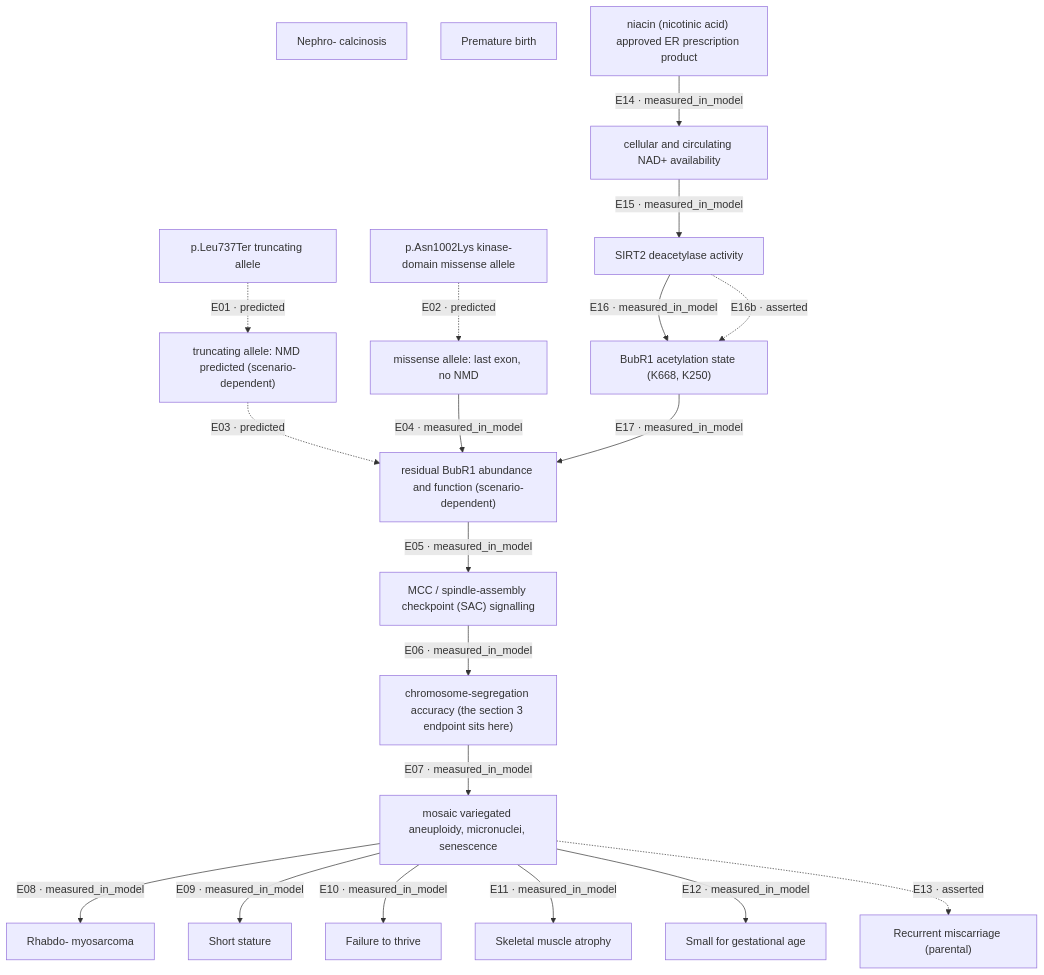
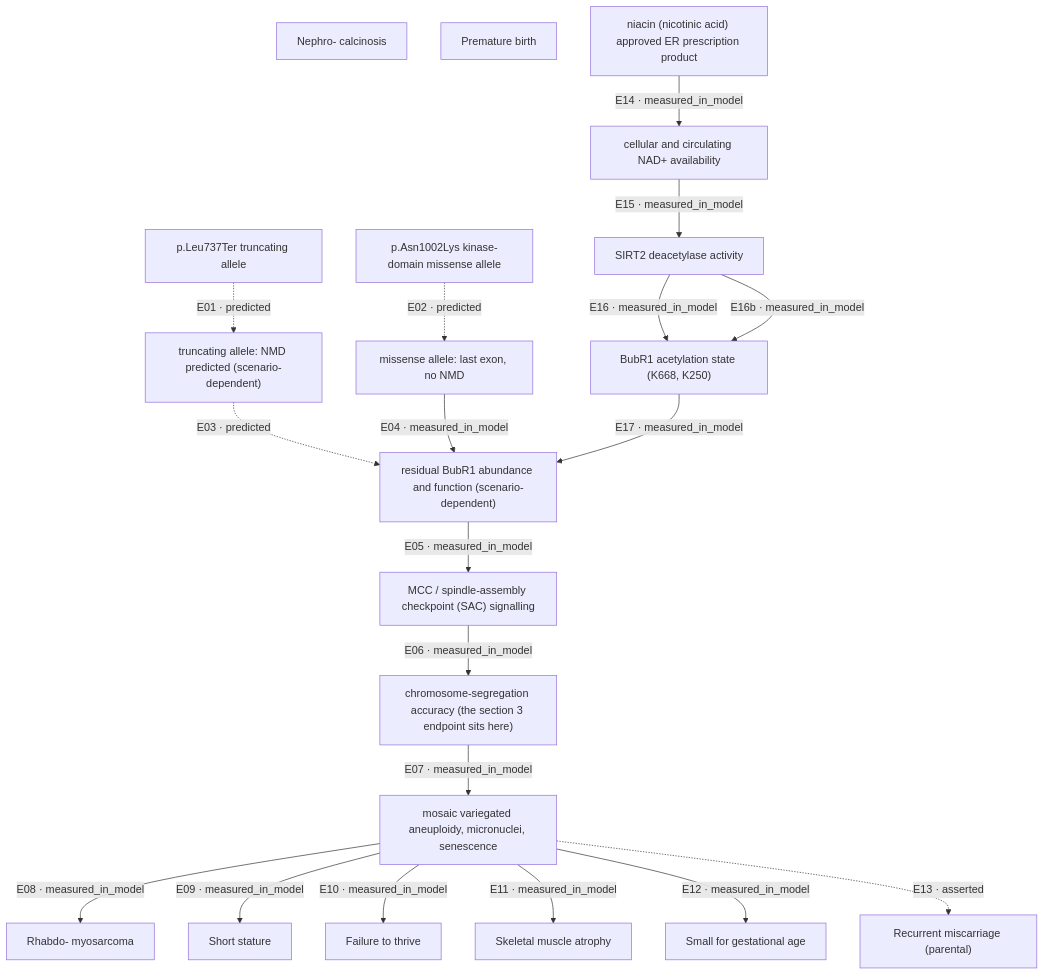
One commit to Vero79L/mva-hackathon-2026-track2 changed the diagram in docs/figures/mechanism.mmd. Above: the diagram before and after it, drawn with Mermaid. The commit also changed 14 other files, not shown here.

```diff
--- a/docs/figures/mechanism.mmd
+++ b/docs/figures/mechanism.mmd
@@ -1,39 +1,39 @@
 flowchart TB
   V1["p.Leu737Ter truncating allele"]
   V2["p.Asn1002Lys kinase-domain missense allele"]
   T1["truncating allele: NMD predicted (scenario-dependent)"]
   T2["missense allele: last exon, no NMD"]
   P["residual BubR1 abundance and function (scenario-dependent)"]
   C["MCC / spindle-assembly checkpoint (SAC) signalling"]
   F["chromosome-segregation accuracy (the section 3 endpoint sits here)"]
   O["mosaic variegated aneuploidy, micronuclei, senescence"]
   H1["Rhabdo- myosarcoma"]
   H2["Nephro- calcinosis"]
   H3["Short stature"]
   H4["Failure to thrive"]
   H5["Skeletal muscle atrophy"]
   H6["Premature birth"]
   H7["Small for gestational age"]
   H8["Recurrent miscarriage (parental)"]
   D1["niacin (nicotinic acid) approved ER prescription product"]
   D2["cellular and circulating NAD+ availability"]
   D3["SIRT2 deacetylase activity"]
   D4["BubR1 acetylation state (K668, K250)"]
   V1 -.->|E01 · predicted| T1
   V2 -.->|E02 · predicted| T2
   T1 -.->|E03 · predicted| P
   T2 -->|E04 · measured_in_model| P
   P -->|E05 · measured_in_model| C
   C -->|E06 · measured_in_model| F
   F -->|E07 · measured_in_model| O
   O -->|E08 · measured_in_model| H1
   O -->|E09 · measured_in_model| H3
   O -->|E10 · measured_in_model| H4
   O -->|E11 · measured_in_model| H5
   O -->|E12 · measured_in_model| H7
   O -.->|E13 · asserted| H8
   D1 -->|E14 · measured_in_model| D2
   D2 -->|E15 · measured_in_model| D3
   D3 -->|E16 · measured_in_model| D4
-  D3 -.->|E16b · asserted| D4
+  D3 -->|E16b · measured_in_model| D4
   D4 -->|E17 · measured_in_model| P
```
